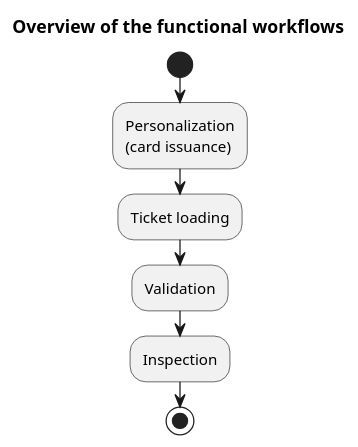
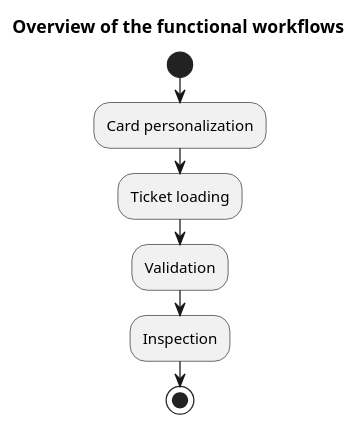
Before and after one commit to calypsonet/keyple-demo-ticketing: the diagram in docs/functional-documentation/diagrams/overview.puml, drawn with PlantUML. The commit also changed 5 other files, not shown here.

Commit message:
docs: update terminology and clarify card personalization process

```diff
--- a/docs/functional-documentation/diagrams/overview.puml
+++ b/docs/functional-documentation/diagrams/overview.puml
@@ -1,16 +1,16 @@
 @startuml overview
 title Overview of the functional workflows
 
 start
 
-:Personalization\n(card issuance);
+:Card personalization;
 
 :Ticket loading;
 
 :Validation;
 
 :Inspection;
 
 stop
 
 @enduml
```
